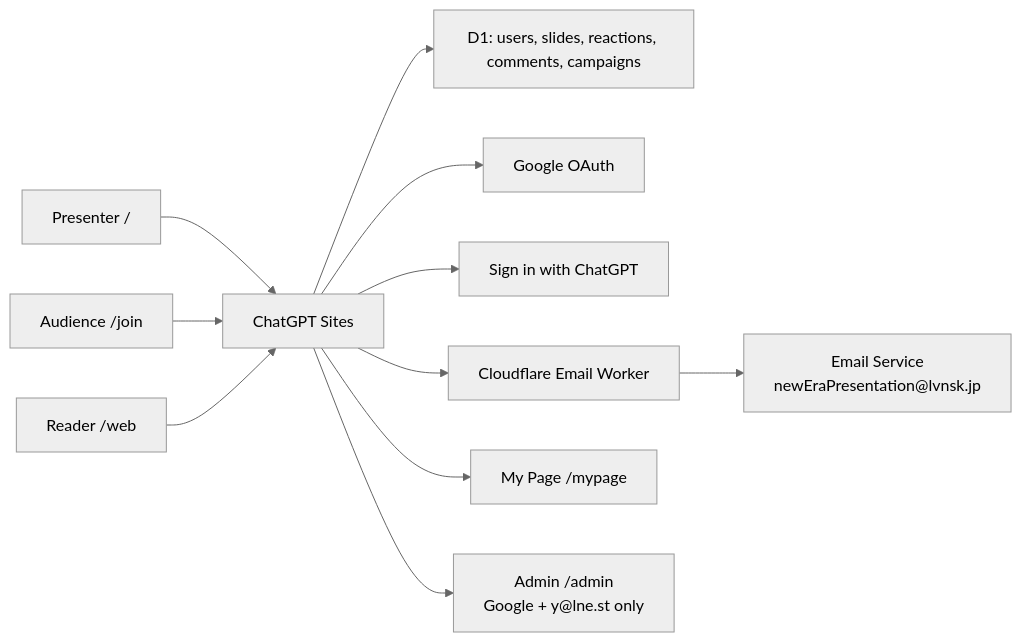
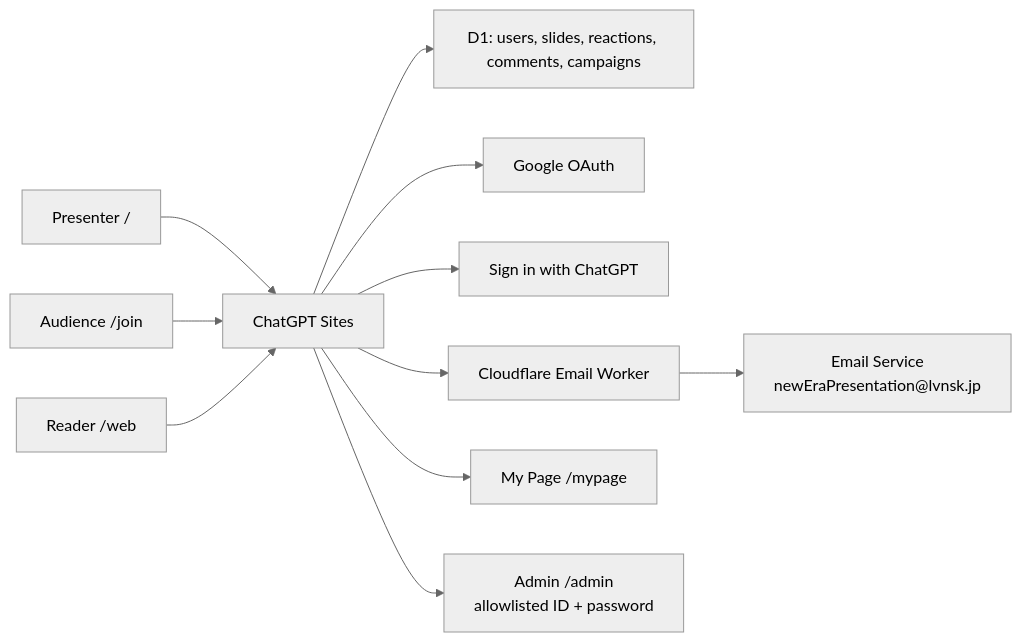
The diagram in README.md (geeorgey/OpenAI-Build-Week-2026), drawn with Mermaid (neutral theme) before and after one commit. The commit also changed other lines of this file and 19 other files, not shown here.

````diff
--- a/README.md
+++ b/README.md
@@ -48,13 +50,13 @@
 ```mermaid
 flowchart LR
   A["Presenter /"] --> S["ChatGPT Sites"]
   B["Audience /join"] --> S
   C["Reader /web"] --> S
   S --> D["D1: users, slides, reactions, comments, campaigns"]
   S --> G["Google OAuth"]
   S --> H["Sign in with ChatGPT"]
   S --> E["Cloudflare Email Worker"]
   E --> F["Email Service<br/>newEraPresentation@lvnsk.jp"]
   S --> M["My Page /mypage"]
-  S --> N["Admin /admin<br/>Google + y@lne.st only"]
+  S --> N["Admin /admin<br/>allowlisted ID + password"]
 ```
````
